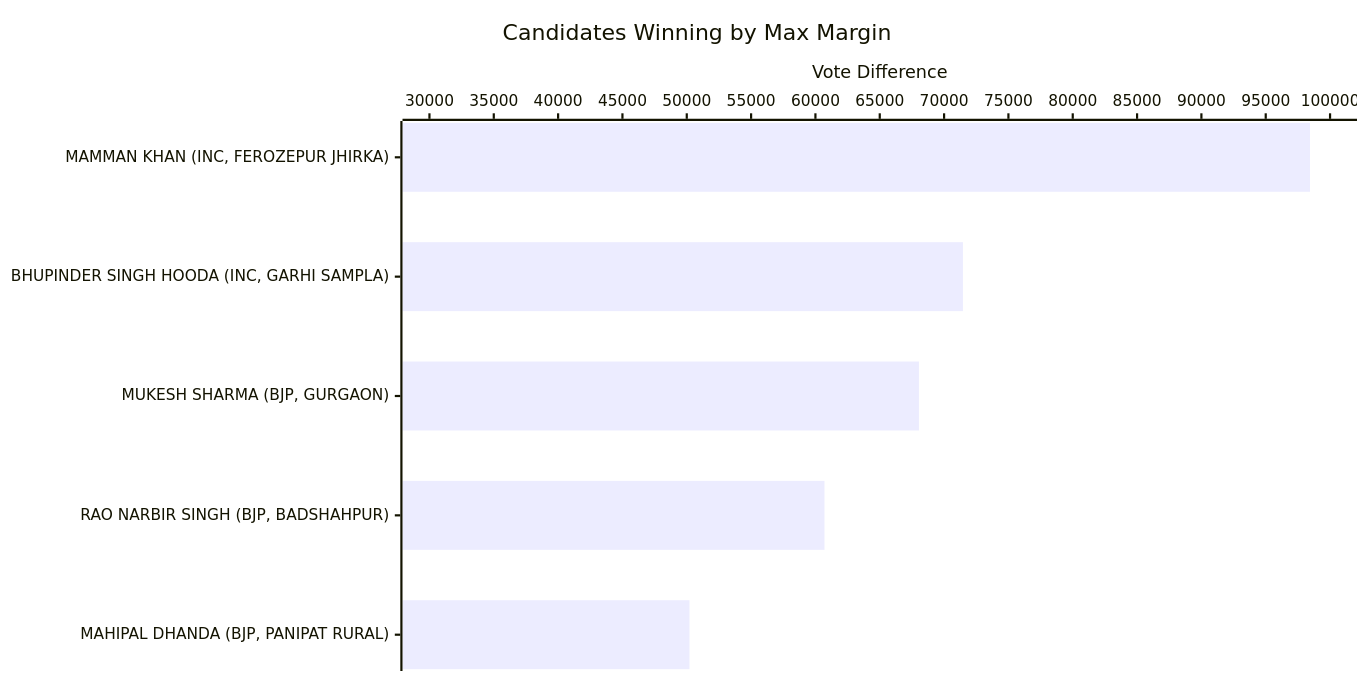
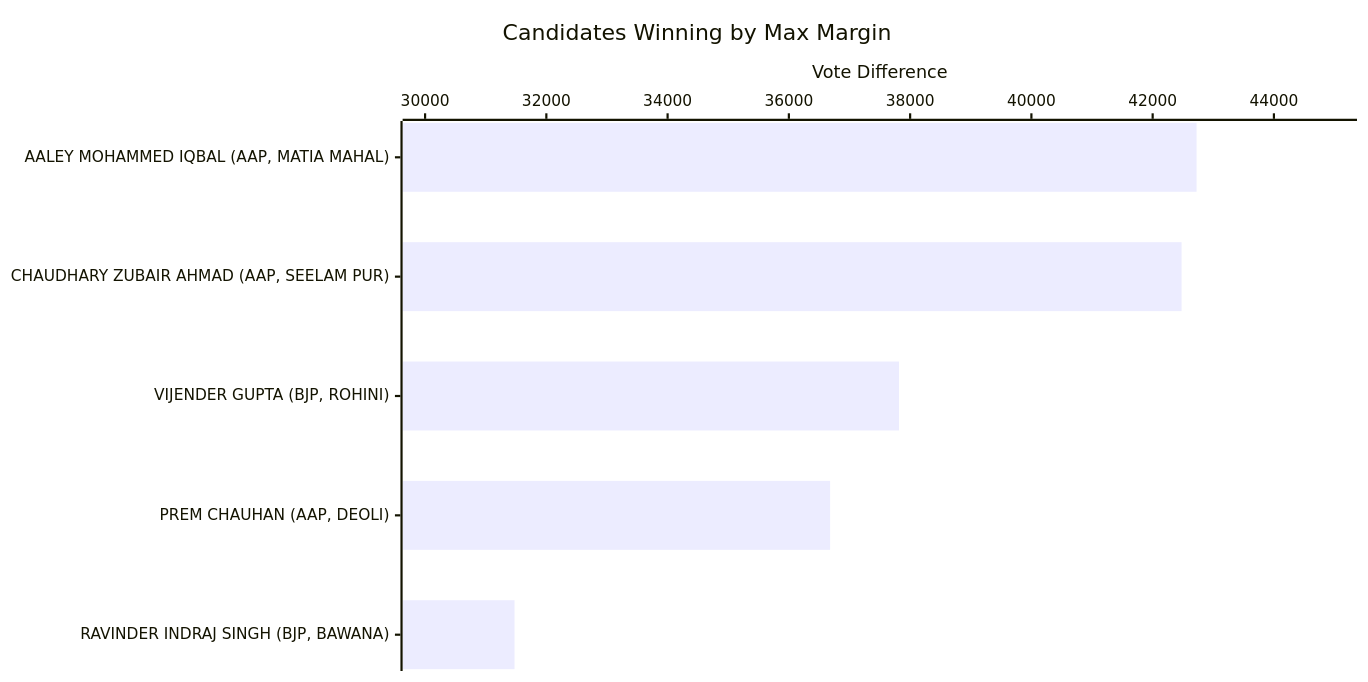
One commit to arjunswaj/elections changed the fifth of 19 diagrams in NEWDELHI-GRAPH.md. Above: the diagram before and after it, drawn with Mermaid. The commit also changed other lines of this file, not shown here.

Commit message:
Updating the Graphical format

````diff
--- a/NEWDELHI-GRAPH.md
+++ b/NEWDELHI-GRAPH.md
@@ -114,14 +114,14 @@
 ```mermaid
 ---
 config:
     xyChart:
         width: 1200
         height: 600
         chartOrientation: horizontal
 ---
 xychart-beta
     title "Candidates Winning by Max Margin"
-    x-axis ["MAMMAN KHAN (INC, FEROZEPUR JHIRKA)", "BHUPINDER SINGH HOODA (INC, GARHI SAMPLA)", "MUKESH SHARMA (BJP, GURGAON)", "RAO NARBIR SINGH (BJP, BADSHAHPUR)", "MAHIPAL DHANDA (BJP, PANIPAT RURAL)"]
-    y-axis "Vote Difference" 30000 --> 100000
-    bar [98441, 71465, 68045, 60705, 50212]
+    x-axis ["AALEY MOHAMMED IQBAL (AAP, MATIA MAHAL)", "CHAUDHARY ZUBAIR AHMAD (AAP, SEELAM PUR)", "VIJENDER GUPTA (BJP, ROHINI)", "PREM CHAUHAN (AAP, DEOLI)", "RAVINDER INDRAJ SINGH (BJP, BAWANA)"]
+    y-axis "Vote Difference" 30000 --> 45000
+    bar [42724, 42477, 37816, 36680, 31475]
 ```
````
